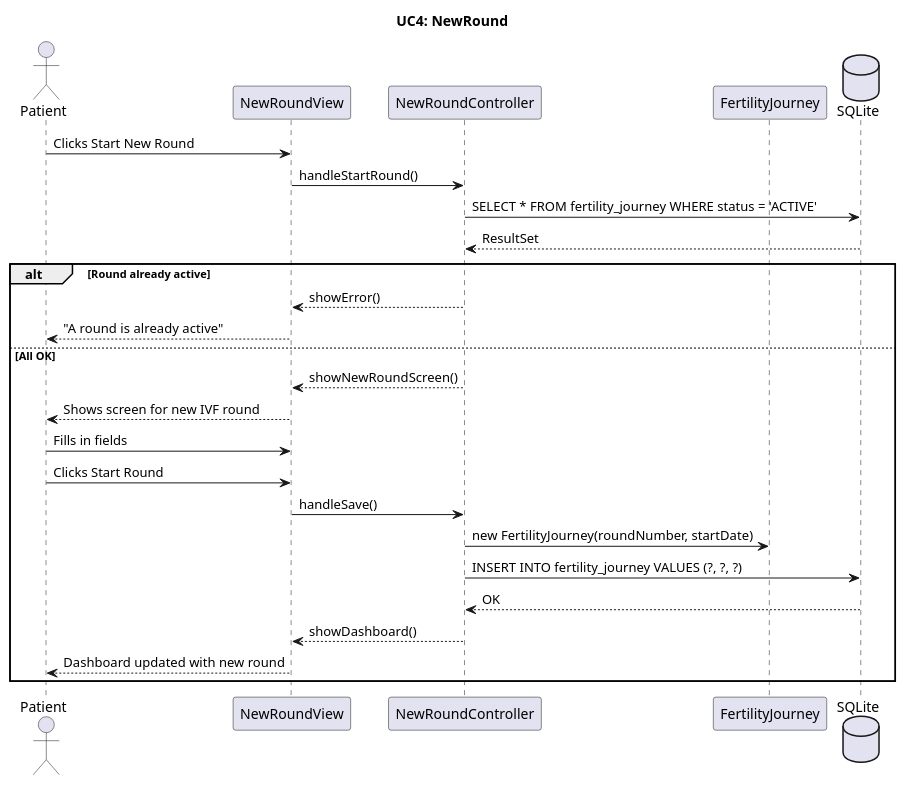
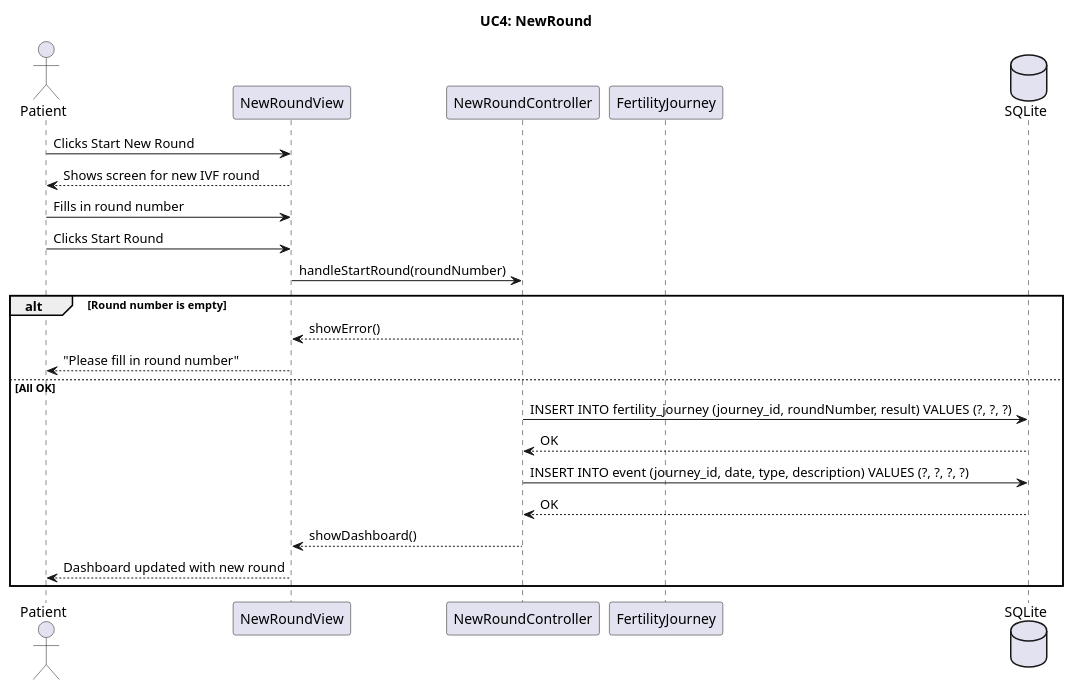
Before and after one commit to BesimaP/SP4---MiniSP: the diagram in doc/dynamic/UC4 - NewRoundController.puml, drawn with PlantUML. The commit also changed 4 other files, not shown here.

```diff
--- a/doc/dynamic/UC4 - NewRoundController.puml
+++ b/doc/dynamic/UC4 - NewRoundController.puml
@@ -1,34 +1,31 @@
 @startuml
 !pragma layout smetana
 
 title UC4: NewRound
 
 actor "Patient" as u
 participant "NewRoundView" as v
 participant "NewRoundController" as c
 participant "FertilityJourney" as m
 database "SQLite" as db
 
 u -> v : Clicks Start New Round
-v -> c : handleStartRound()
+v --> u : Shows screen for new IVF round
 
-c -> db : SELECT * FROM fertility_journey WHERE status = 'ACTIVE'
-db --> c : ResultSet
+u -> v : Fills in round number
+u -> v : Clicks Start Round
+v -> c : handleStartRound(roundNumber)
 
-alt Round already active
+alt Round number is empty
   c --> v : showError()
-  v --> u : "A round is already active"
+  v --> u : "Please fill in round number"
 else All OK
-  c --> v : showNewRoundScreen()
-  v --> u : Shows screen for new IVF round
-  u -> v : Fills in fields
-  u -> v : Clicks Start Round
-  v -> c : handleSave()
-  c -> m : new FertilityJourney(roundNumber, startDate)
-  c -> db : INSERT INTO fertility_journey VALUES (?, ?, ?)
+  c -> db : INSERT INTO fertility_journey (journey_id, roundNumber, result) VALUES (?, ?, ?)
+  db --> c : OK
+  c -> db : INSERT INTO event (journey_id, date, type, description) VALUES (?, ?, ?, ?)
   db --> c : OK
   c --> v : showDashboard()
   v --> u : Dashboard updated with new round
 end
 
 @enduml
```
